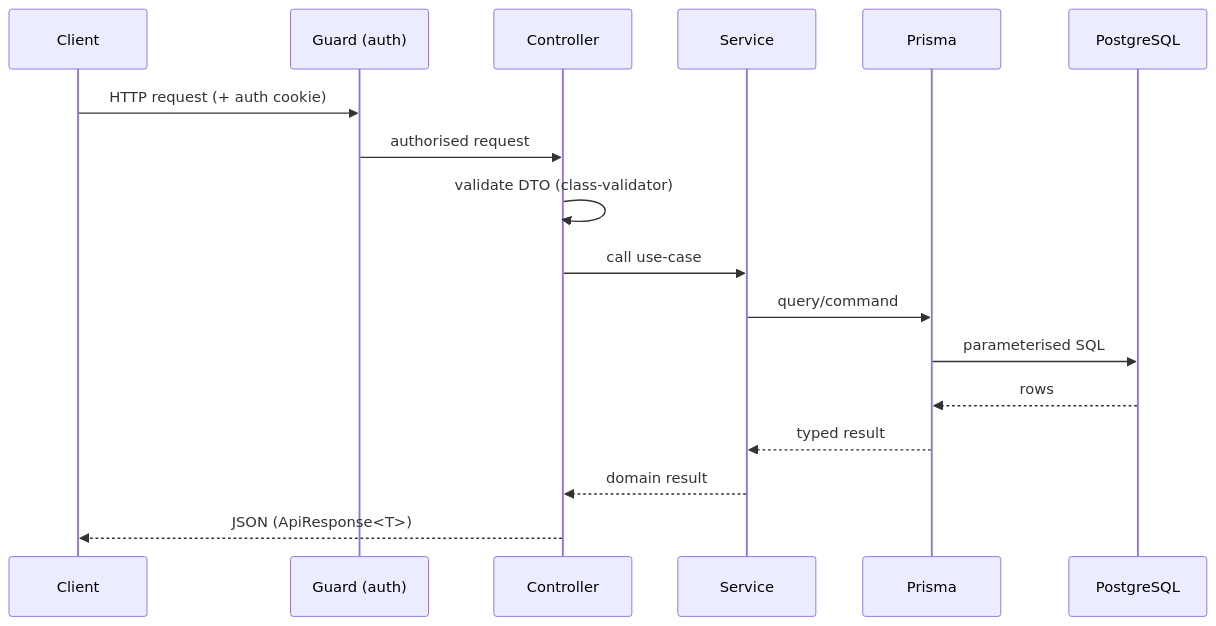
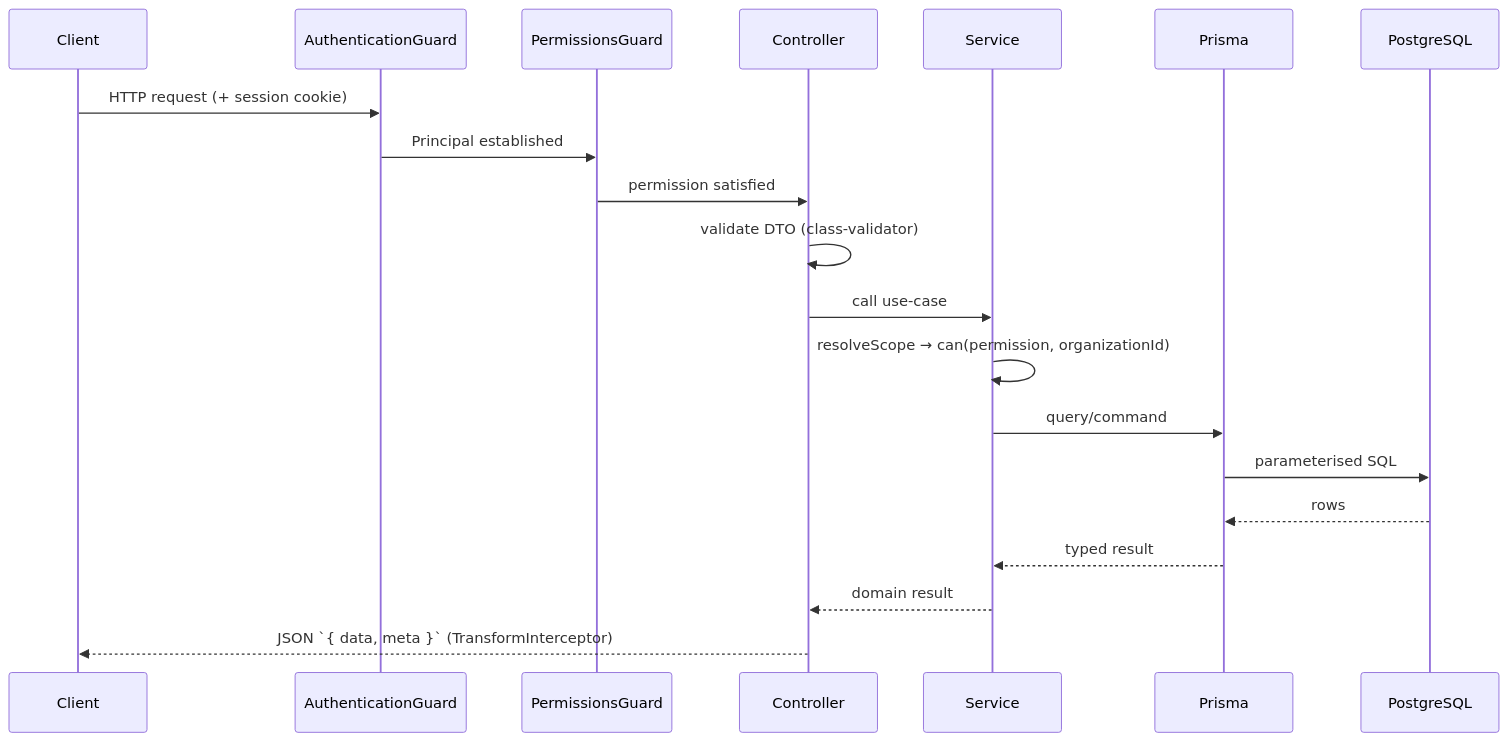
One commit to HuttonHomeHub/SchedulePoint_1 changed the second of 2 diagrams in docs/ARCHITECTURE.md. Above: the diagram before and after it, drawn with Mermaid. The commit also changed other lines of this file and 14 other files, not shown here.

````diff
--- a/docs/ARCHITECTURE.md
+++ b/docs/ARCHITECTURE.md
@@ -67,20 +108,23 @@
 ```mermaid
 sequenceDiagram
   participant C as Client
-  participant G as Guard (auth)
+  participant G as AuthenticationGuard
+  participant P as PermissionsGuard
   participant Ct as Controller
   participant S as Service
-  participant P as Prisma
+  participant Pr as Prisma
   participant DB as PostgreSQL
 
-  C->>G: HTTP request (+ auth cookie)
-  G->>Ct: authorised request
+  C->>G: HTTP request (+ session cookie)
+  G->>P: Principal established
+  P->>Ct: permission satisfied
   Ct->>Ct: validate DTO (class-validator)
   Ct->>S: call use-case
-  S->>P: query/command
-  P->>DB: parameterised SQL
-  DB-->>P: rows
-  P-->>S: typed result
+  S->>S: resolveScope → can(permission, organizationId)
+  S->>Pr: query/command
+  Pr->>DB: parameterised SQL
+  DB-->>Pr: rows
+  Pr-->>S: typed result
   S-->>Ct: domain result
-  Ct-->>C: JSON (ApiResponse<T>)
+  Ct-->>C: JSON `{ data, meta }` (TransformInterceptor)
 ```
````
